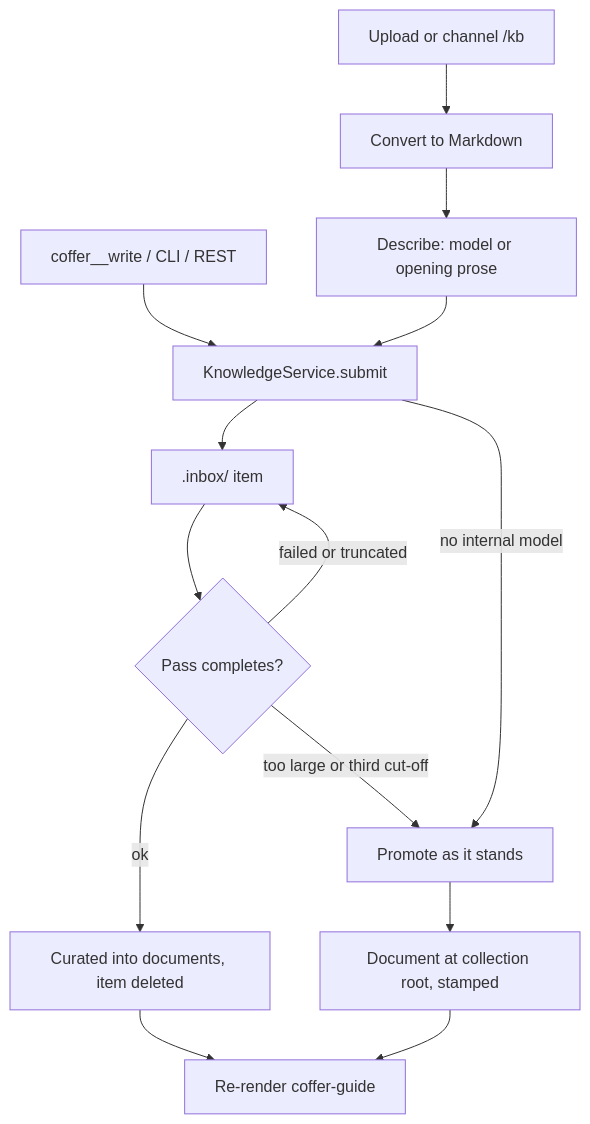
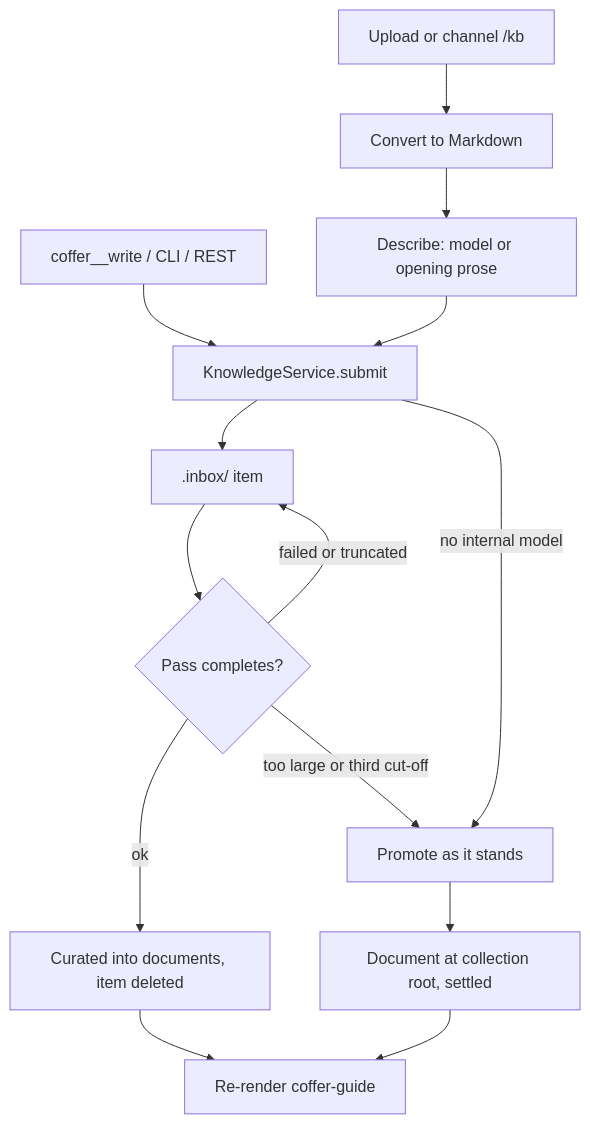
The first of 3 diagrams in docs-site/architecture/knowledge.md (wyx-sg/Coffer), drawn with Mermaid before and after one commit. The commit also changed other lines of this file and 88 other files, not shown here.

````diff
--- a/docs-site/architecture/knowledge.md
+++ b/docs-site/architecture/knowledge.md
@@ -102,16 +100,16 @@
 ```mermaid
 flowchart TD
   W["coffer__write / CLI / REST"] --> S["KnowledgeService.submit"]
   U["Upload or channel /kb"] --> C["Convert to Markdown"]
   C --> D["Describe: model or opening prose"]
   D --> S
   S --> I[".inbox/ item"]
   S -->|"no internal model"| P["Promote as it stands"]
   I --> Q{"Pass completes?"}
   Q -->|"ok"| M["Curated into documents, item deleted"]
   Q -->|"failed or truncated"| I
   Q -->|"too large or third cut-off"| P
-  P --> DOC["Document at collection root, stamped"]
+  P --> DOC["Document at collection root, settled"]
   M --> G["Re-render coffer-guide"]
   DOC --> G
 ```
````
